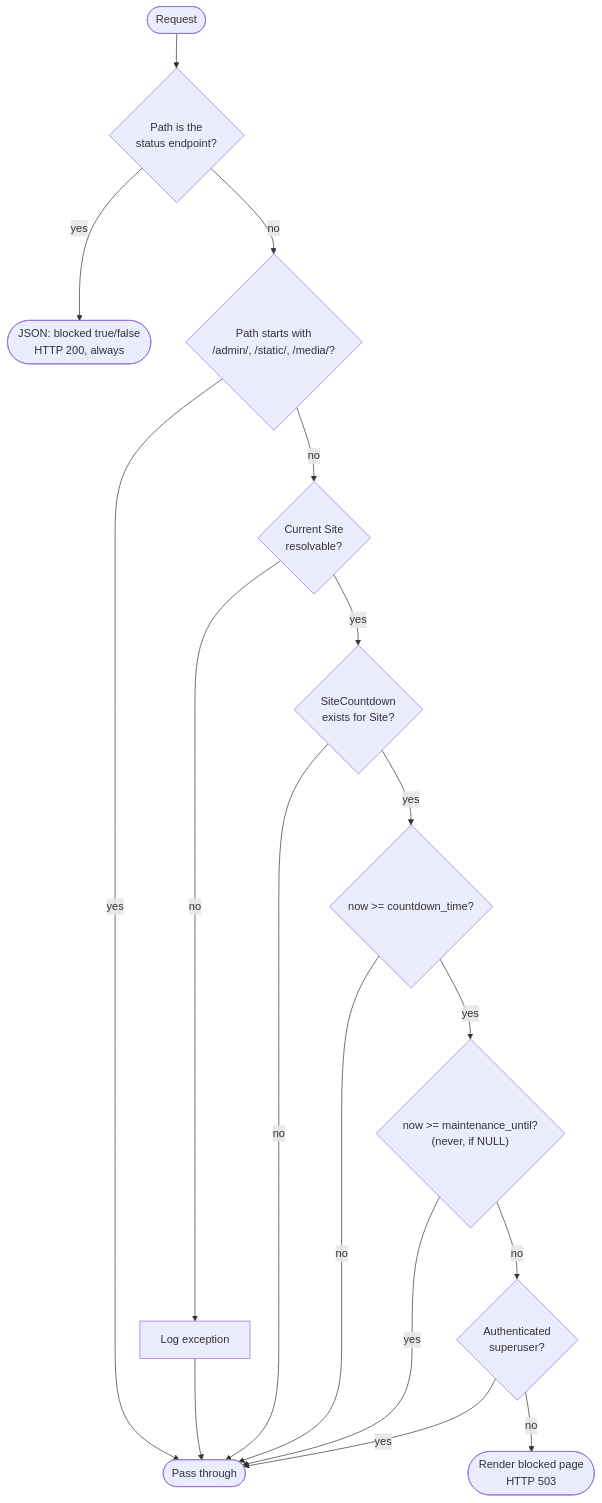
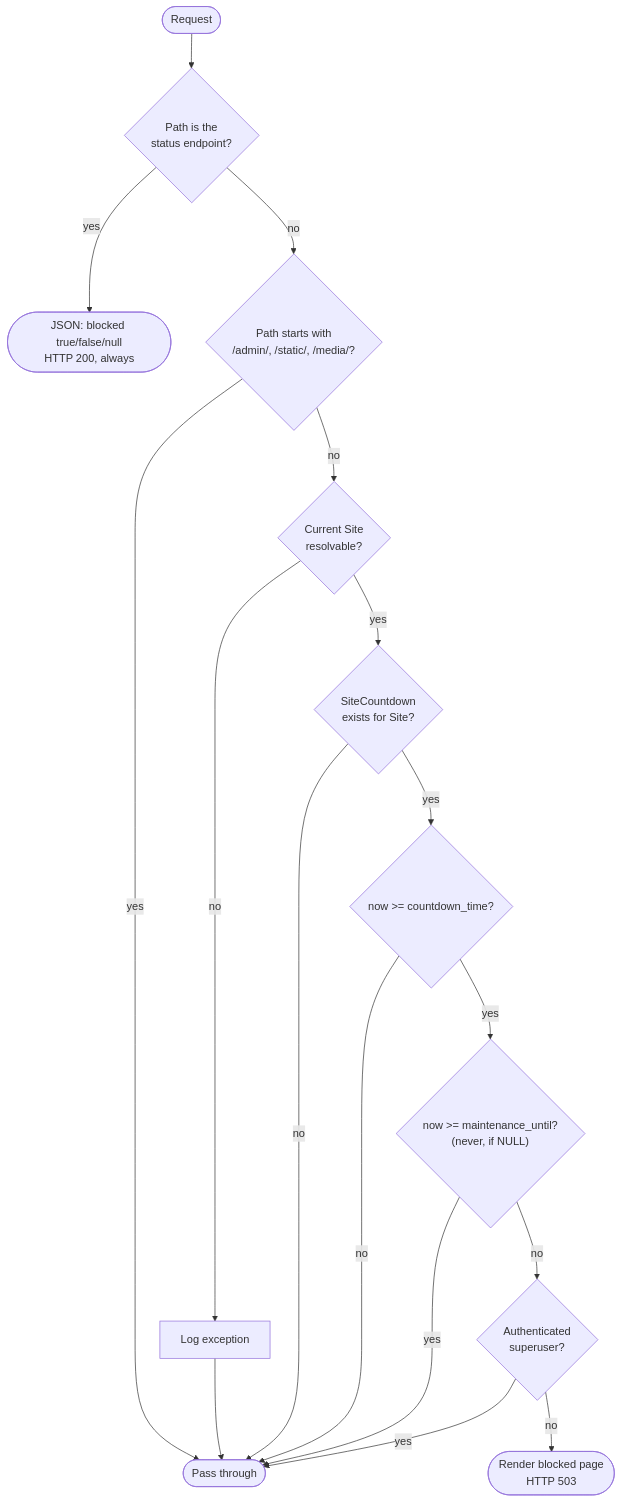
Before and after one commit to iplweb/django-countdown: the second of 2 diagrams in docs/guide/how-it-works.md, drawn with Mermaid. The commit also changed 4 other files, not shown here.

````diff
--- a/docs/guide/how-it-works.md
+++ b/docs/guide/how-it-works.md
@@ -35,18 +35,18 @@
 ```mermaid
 flowchart TD
     R([Request]) --> Q{"Path is the<br/>status endpoint?"}
-    Q -- yes --> J([JSON: blocked true/false<br/>HTTP 200, always])
+    Q -- yes --> J([JSON: blocked true/false/null<br/>HTTP 200, always])
     Q -- no --> M{"Path starts with<br/>/admin/, /static/, /media/?"}
     M -- yes --> PASS([Pass through])
     M -- no --> S{"Current Site<br/>resolvable?"}
     S -- no --> LOG[Log exception] --> PASS
     S -- yes --> C{"SiteCountdown<br/>exists for Site?"}
     C -- no --> PASS
     C -- yes --> E{"now >= countdown_time?"}
     E -- no --> PASS
     E -- yes --> F{"now >= maintenance_until?<br/>(never, if NULL)"}
     F -- yes --> PASS
     F -- no --> U{"Authenticated<br/>superuser?"}
     U -- yes --> PASS
     U -- no --> B([Render blocked page<br/>HTTP 503])
 ```
````
